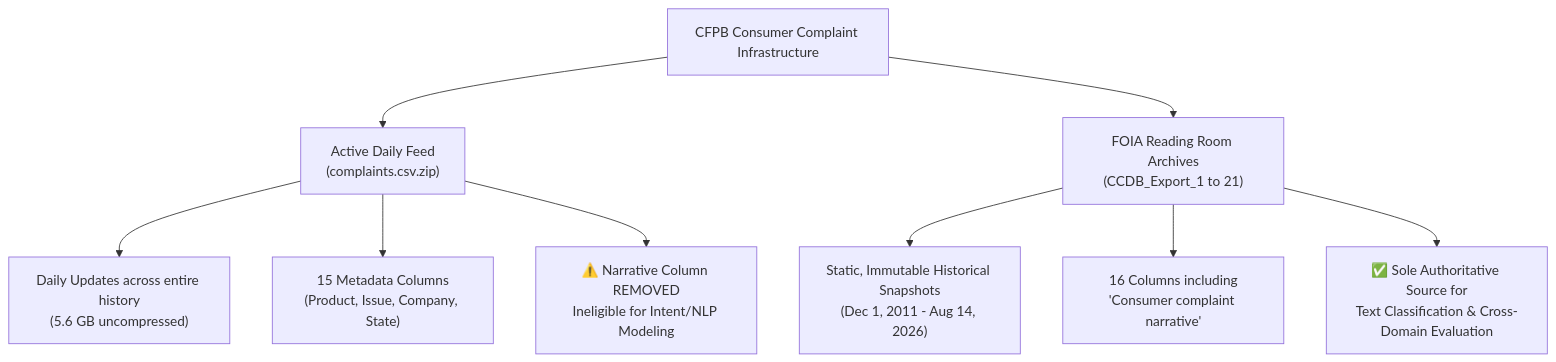
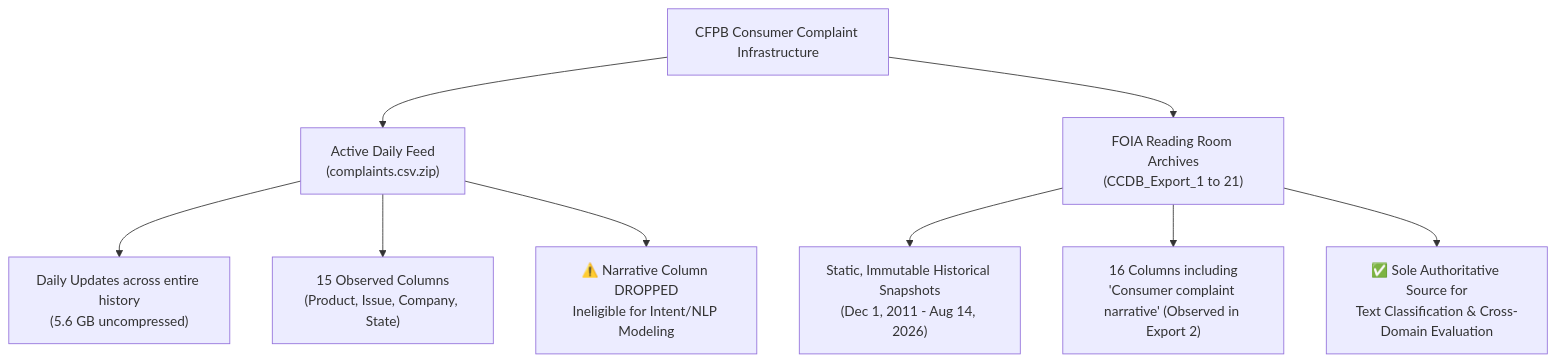
The diagram in docs/source_terms_and_provenance.md (Fantom-1/Cross-Domain-Complaint-understanding-via-multilingual-Encoders), drawn with Mermaid before and after one commit. The commit also changed other lines of this file and 2 other files, not shown here.

First line of the commit message:
docs(provenance): clarify consumer narrative consent terms, remove ID non-overlap proof claims, and update audit gate

````diff
--- a/docs/source_terms_and_provenance.md
+++ b/docs/source_terms_and_provenance.md
@@ -47,13 +53,13 @@
 ```mermaid
 flowchart TD
     A["CFPB Consumer Complaint Infrastructure"] --> B["Active Daily Feed<br/>(complaints.csv.zip)"]
     A --> C["FOIA Reading Room Archives<br/>(CCDB_Export_1 to 21)"]
     
     B --> B1["Daily Updates across entire history<br/>(5.6 GB uncompressed)"]
-    B --> B2["15 Metadata Columns<br/>(Product, Issue, Company, State)"]
-    B --> B3["⚠️ Narrative Column REMOVED<br/>Ineligible for Intent/NLP Modeling"]
+    B --> B2["15 Observed Columns<br/>(Product, Issue, Company, State)"]
+    B --> B3["⚠️ Narrative Column DROPPED<br/>Ineligible for Intent/NLP Modeling"]
     
     C --> C1["Static, Immutable Historical Snapshots<br/>(Dec 1, 2011 - Aug 14, 2026)"]
-    C --> C2["16 Columns including<br/>'Consumer complaint narrative'"]
+    C --> C2["16 Columns including<br/>'Consumer complaint narrative' (Observed in Export 2)"]
     C --> C3["✅ Sole Authoritative Source for<br/>Text Classification & Cross-Domain Evaluation"]
 ```
````
